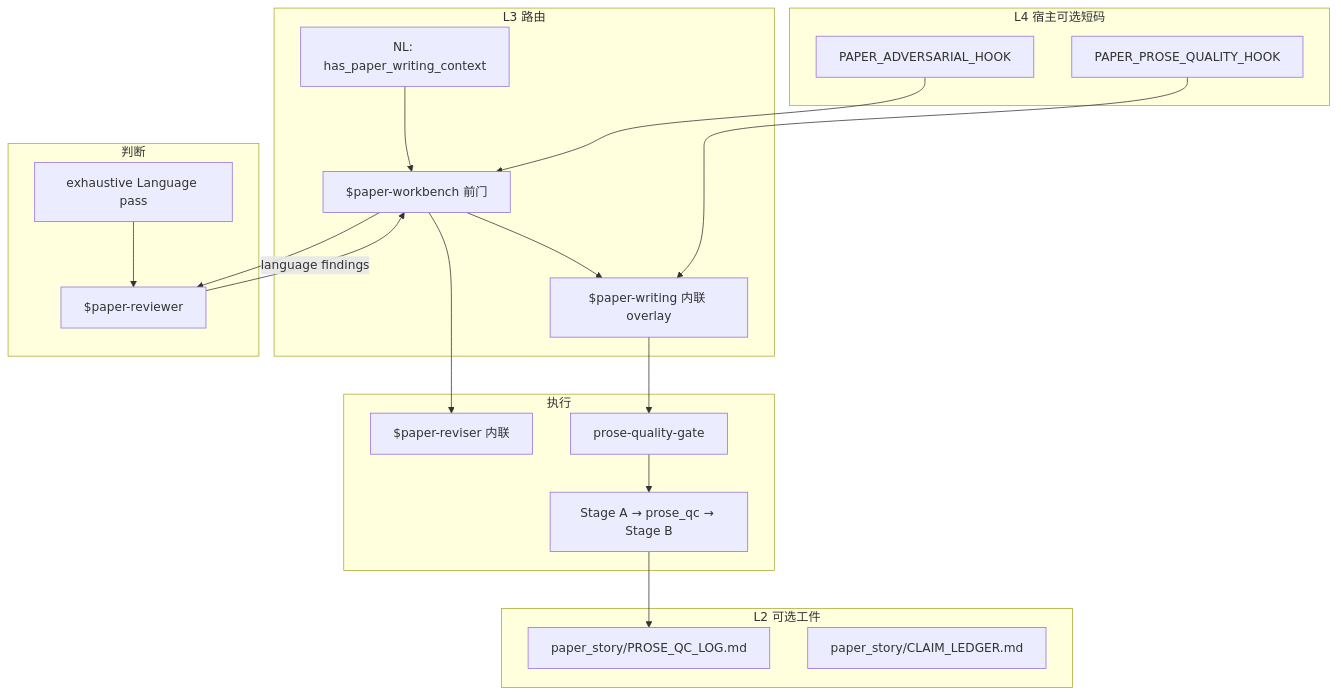
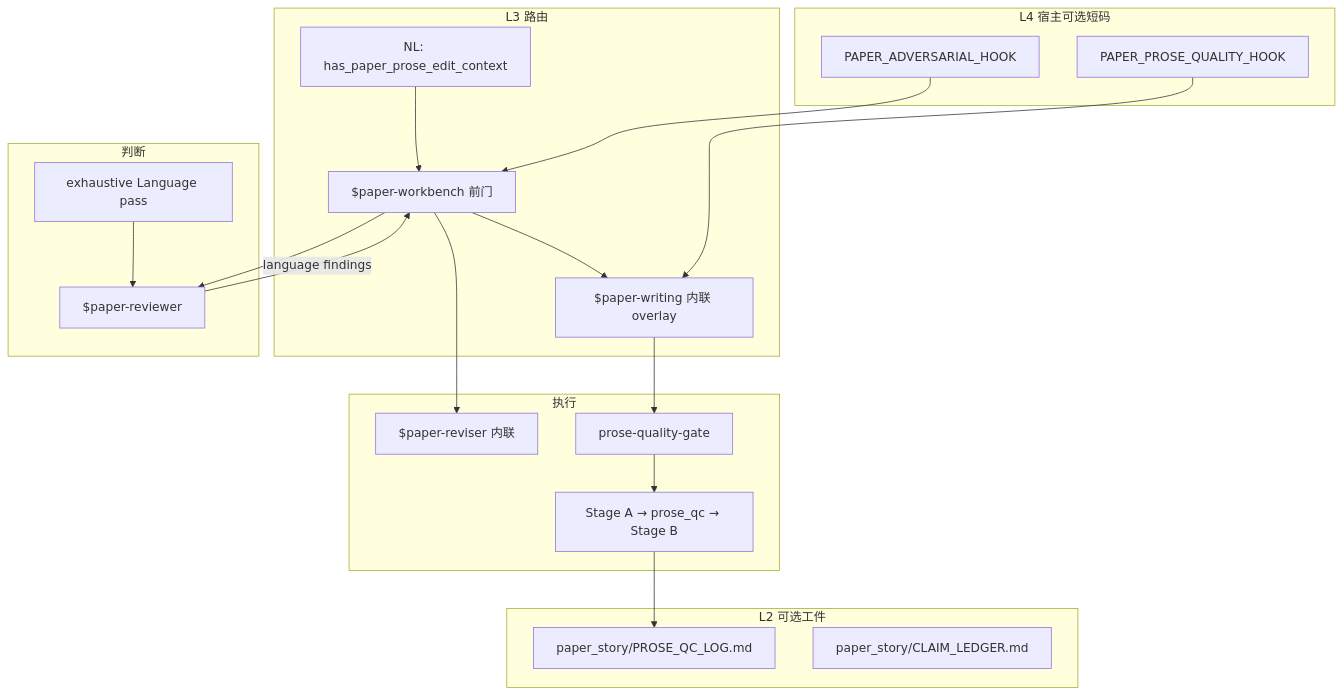
One commit to yizhoupan3-debug/skill changed the diagram in skills/paper-workbench/references/prose-chain-contract.md. Above: the diagram before and after it, drawn with Mermaid. The commit also changed other lines of this file and 13 other files, not shown here.

````diff
--- a/skills/paper-workbench/references/prose-chain-contract.md
+++ b/skills/paper-workbench/references/prose-chain-contract.md
@@ -8,41 +8,41 @@
 ```mermaid
 flowchart TB
   subgraph L4 [L4 宿主可选短码]
     H1[PAPER_ADVERSARIAL_HOOK]
     H2[PAPER_PROSE_QUALITY_HOOK]
   end
 
   subgraph route [L3 路由]
-    R[NL: has_paper_writing_context]
+    R[NL: has_paper_prose_edit_context]
     WB["$paper-workbench 前门"]
     PW["$paper-writing 内联 overlay"]
   end
 
   subgraph review [判断]
     PR["$paper-reviewer"]
     EX[exhaustive Language pass]
   end
 
   subgraph write [执行]
     PV["$paper-reviser 内联"]
     PG[prose-quality-gate]
     OUT[Stage A → prose_qc → Stage B]
   end
 
   subgraph disk [L2 可选工件]
     PQ[paper_story/PROSE_QC_LOG.md]
     CL[paper_story/CLAIM_LEDGER.md]
   end
 
   R --> WB
   WB --> PR
   PR -->|language findings| WB
   WB --> PV
   WB --> PW
   PW --> PG
   PG --> OUT
   OUT --> PQ
   H1 --> WB
   H2 --> PW
   EX --> PR
 ```
````
